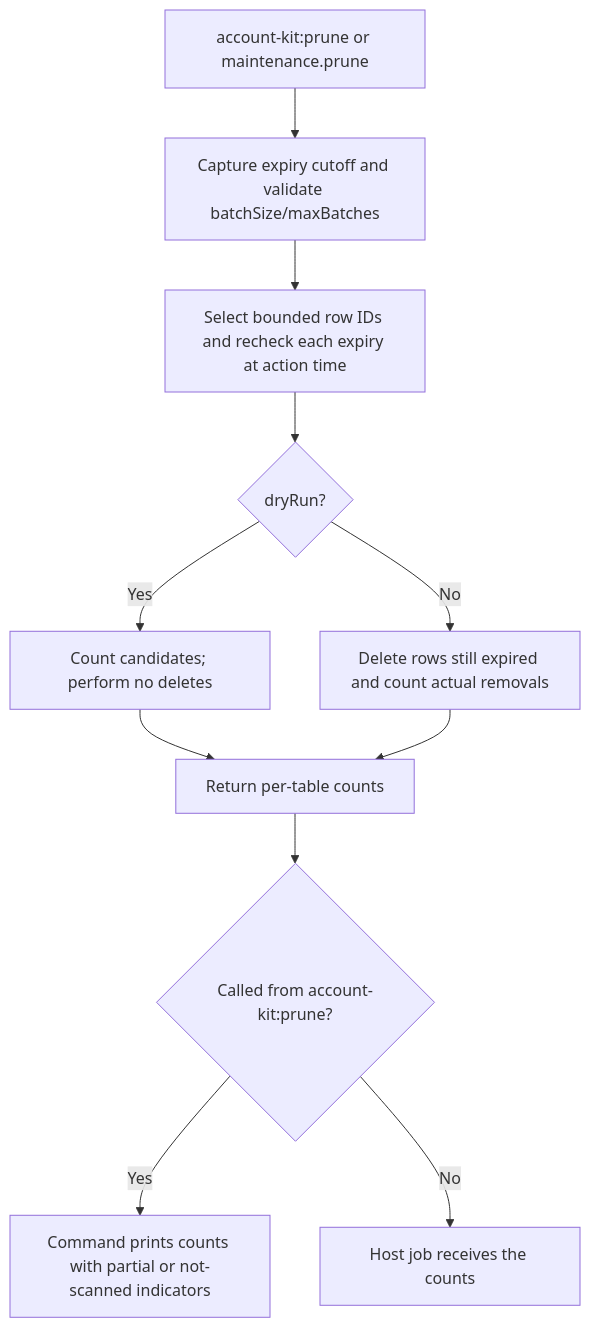
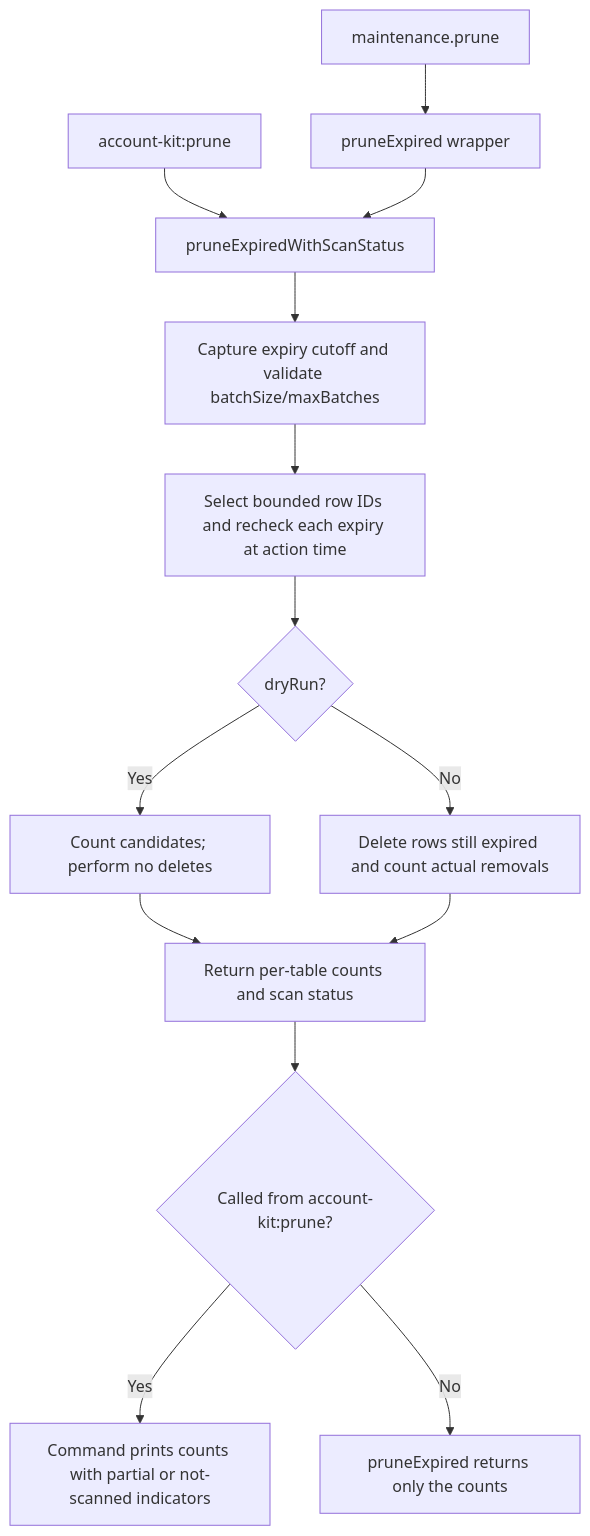
The second of 2 diagrams in user-stories/US-ACCOUNT-33-prune-expired-records.md (Kevinjohn/oss-adonisjs-account-kit), drawn with Mermaid before and after one commit. The commit also changed other lines of this file and 15 other files, not shown here.

Commit message:
Preserve Account Kit migration history and align setup guides

````diff
--- a/user-stories/US-ACCOUNT-33-prune-expired-records.md
+++ b/user-stories/US-ACCOUNT-33-prune-expired-records.md
@@ -34,13 +34,16 @@
 ```mermaid
 flowchart TD
- A["account-kit:prune or maintenance.prune"] --> B["Capture expiry cutoff and validate batchSize/maxBatches"]
+ A["account-kit:prune"] --> S["pruneExpiredWithScanStatus"]
+ M["maintenance.prune"] --> W["pruneExpired wrapper"]
+ W --> S
+ S --> B["Capture expiry cutoff and validate batchSize/maxBatches"]
  B --> C["Select bounded row IDs and recheck each expiry at action time"]
  C --> D{"dryRun?"}
  D -->|Yes| E["Count candidates; perform no deletes"]
  D -->|No| F["Delete rows still expired and count actual removals"]
- E --> G["Return per-table counts"]
+ E --> G["Return per-table counts and scan status"]
  F --> G
  G --> H{"Called from account-kit:prune?"}
  H -->|Yes| I["Command prints counts with partial or not-scanned indicators"]
- H -->|No| J["Host job receives the counts"]
+ H -->|No| J["pruneExpired returns only the counts"]
 ```
````
